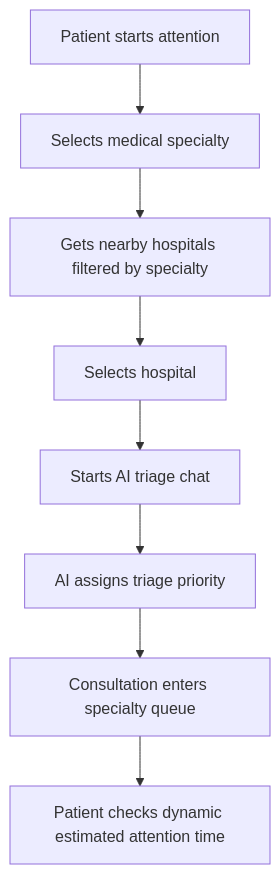
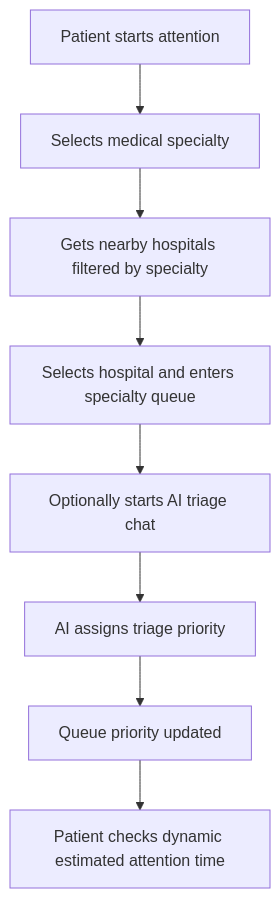
The diagram in docs/02-patient-flow.md (MatiasCanevaro/pretriage_backend), drawn with Mermaid before and after one commit. The commit also changed other lines of this file and 8 other files, not shown here.

````diff
--- a/docs/02-patient-flow.md
+++ b/docs/02-patient-flow.md
@@ -5,10 +5,10 @@
 ```mermaid
 flowchart TD
     A[Patient starts attention] --> B[Selects medical specialty]
     B --> C[Gets nearby hospitals filtered by specialty]
-    C --> D[Selects hospital]
-    D --> E[Starts AI triage chat]
+    C --> D[Selects hospital and enters specialty queue]
+    D --> E[Optionally starts AI triage chat]
     E --> F[AI assigns triage priority]
-    F --> G[Consultation enters specialty queue]
+    F --> G[Queue priority updated]
     G --> H[Patient checks dynamic estimated attention time]
 ```
````
